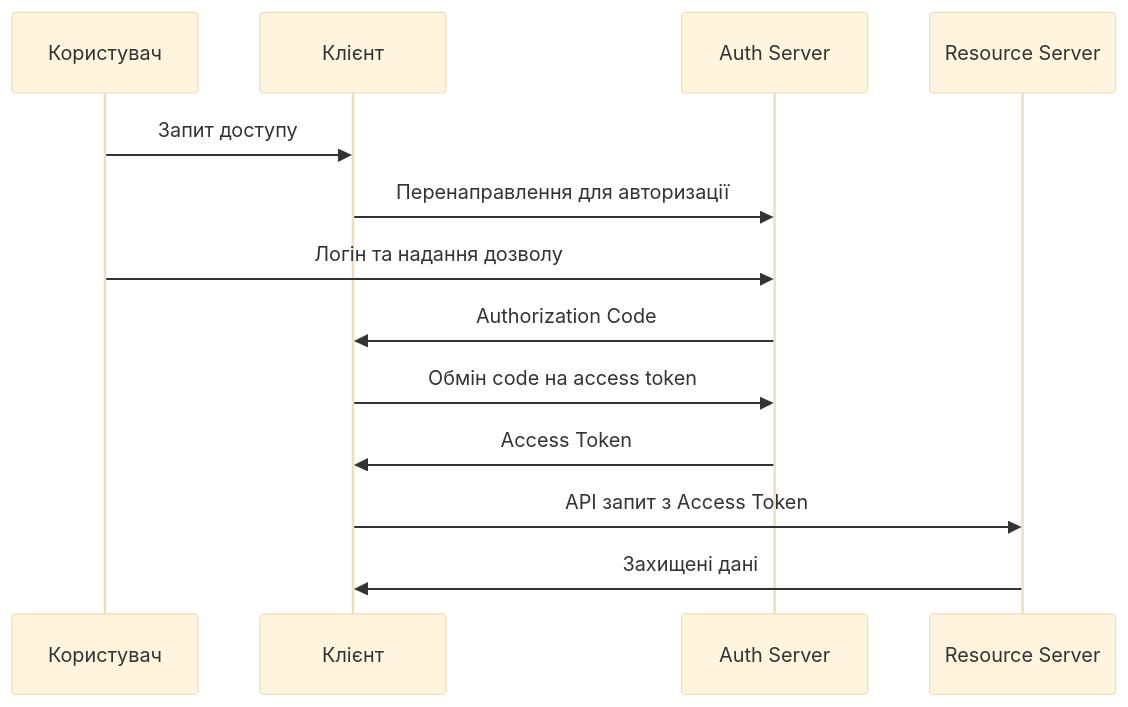
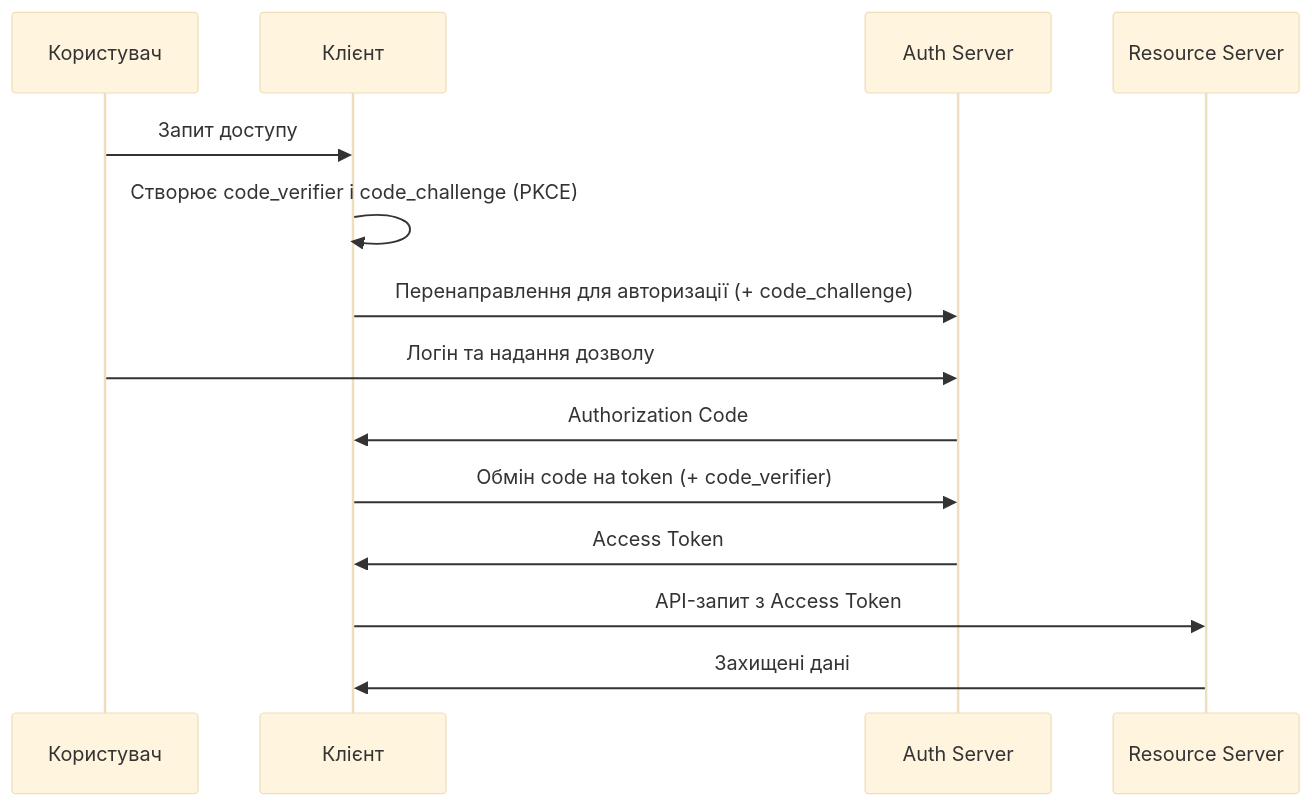
One commit to olroi421/course-opi-v2 changed the third of 4 diagrams in lectures/lecture-11.md. Above: the diagram before and after it, drawn with Mermaid (base theme). The commit also changed other lines of this file and 10 other files, not shown here.

````diff
--- a/lectures/lecture-11.md
+++ b/lectures/lecture-11.md
@@ -300,16 +405,17 @@
 ```mermaid
 sequenceDiagram
     participant U as Користувач
     participant C as Клієнт
     participant A as Auth Server
     participant R as Resource Server
 
     U->>C: Запит доступу
-    C->>A: Перенаправлення для авторизації
+    C->>C: Створює code_verifier і code_challenge (PKCE)
+    C->>A: Перенаправлення для авторизації (+ code_challenge)
     U->>A: Логін та надання дозволу
     A->>C: Authorization Code
-    C->>A: Обмін code на access token
+    C->>A: Обмін code на token (+ code_verifier)
     A->>C: Access Token
-    C->>R: API запит з Access Token
+    C->>R: API-запит з Access Token
     R->>C: Захищені дані
 ```
````
